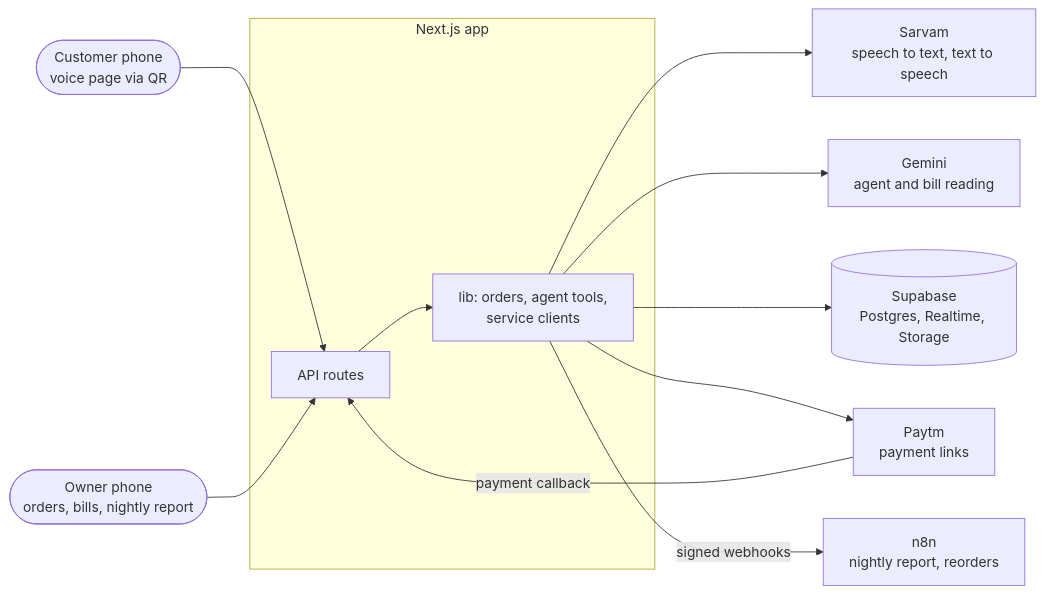
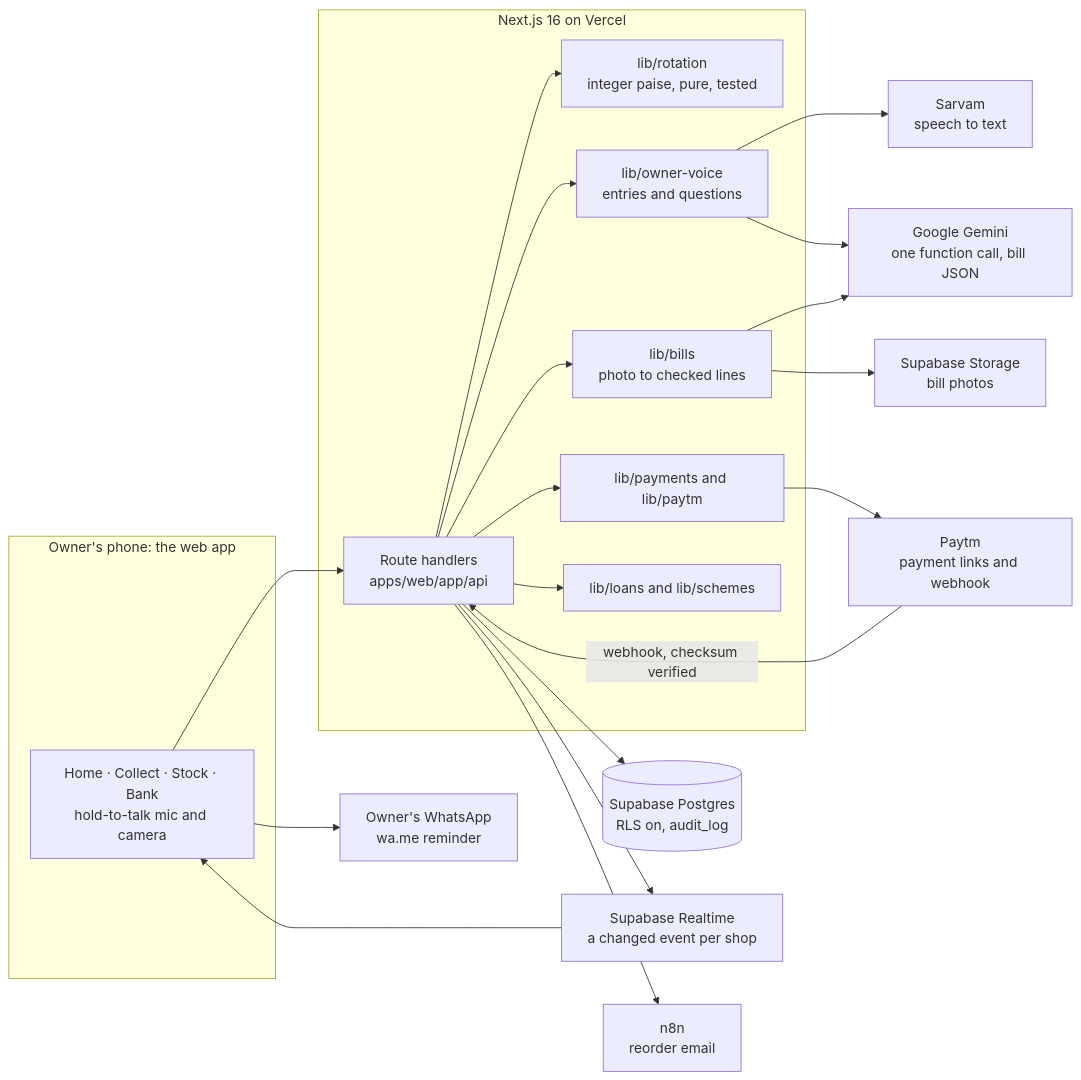
One commit to ShaanGS/hacksprint changed the diagram in README.md. Above: the diagram before and after it, drawn with Mermaid. The commit also changed other lines of this file and 10 other files, not shown here.

````diff
--- a/README.md
+++ b/README.md
@@ -63,20 +118,32 @@
 ```mermaid
 flowchart LR
-    customer(["Customer phone<br/>voice page via QR"])
-    owner(["Owner phone<br/>orders, bills, nightly report"])
-
-    subgraph app["Next.js app"]
-        api["API routes"]
-        core["lib: orders, agent tools,<br/>service clients"]
-        api --> core
-    end
-
-    customer --> api
-    owner --> api
-    core --> sarvam["Sarvam<br/>speech to text, text to speech"]
-    core --> gemini["Gemini<br/>agent and bill reading"]
-    core --> db[("Supabase<br/>Postgres, Realtime, Storage")]
-    core --> paytm["Paytm<br/>payment links"]
-    core -- "signed webhooks" --> n8n["n8n<br/>nightly report, reorders"]
-    paytm -- "payment callback" --> api
+  subgraph phone["Owner's phone: the web app"]
+    ui["Home · Collect · Stock · Bank<br/>hold-to-talk mic and camera"]
+  end
+  subgraph next["Next.js 16 on Vercel"]
+    api["Route handlers<br/>apps/web/app/api"]
+    rot["lib/rotation<br/>integer paise, pure, tested"]
+    voice["lib/owner-voice<br/>entries and questions"]
+    bills["lib/bills<br/>photo to checked lines"]
+    pay["lib/payments and lib/paytm"]
+    loans["lib/loans and lib/schemes"]
+  end
+  db[("Supabase Postgres<br/>RLS on, audit_log")]
+  rt["Supabase Realtime<br/>a changed event per shop"]
+  store["Supabase Storage<br/>bill photos"]
+  sarvam["Sarvam<br/>speech to text"]
+  gemini["Google Gemini<br/>one function call, bill JSON"]
+  paytm["Paytm<br/>payment links and webhook"]
+  n8n["n8n<br/>reorder email"]
+  wa["Owner's WhatsApp<br/>wa.me reminder"]
+  ui --> api
+  api --> rot & voice & bills & pay & loans
+  voice --> sarvam & gemini
+  bills --> gemini & store
+  pay --> paytm
+  paytm -- "webhook, checksum verified" --> api
+  api --> n8n
+  api --> db
+  api --> rt --> ui
+  ui --> wa
 ```
````
